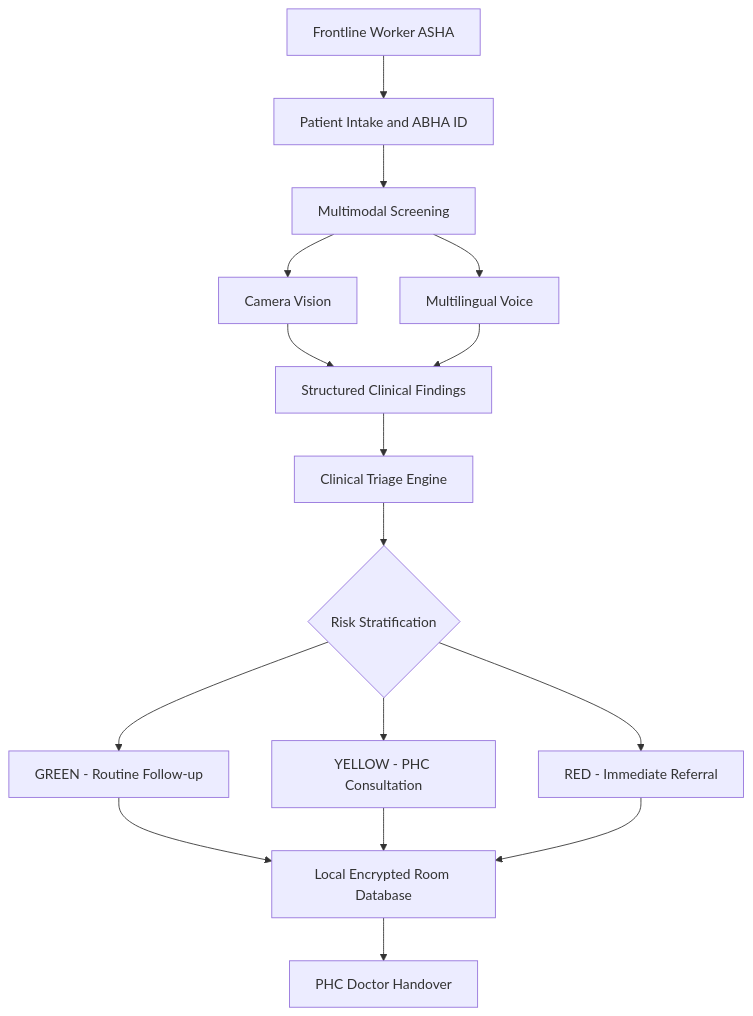
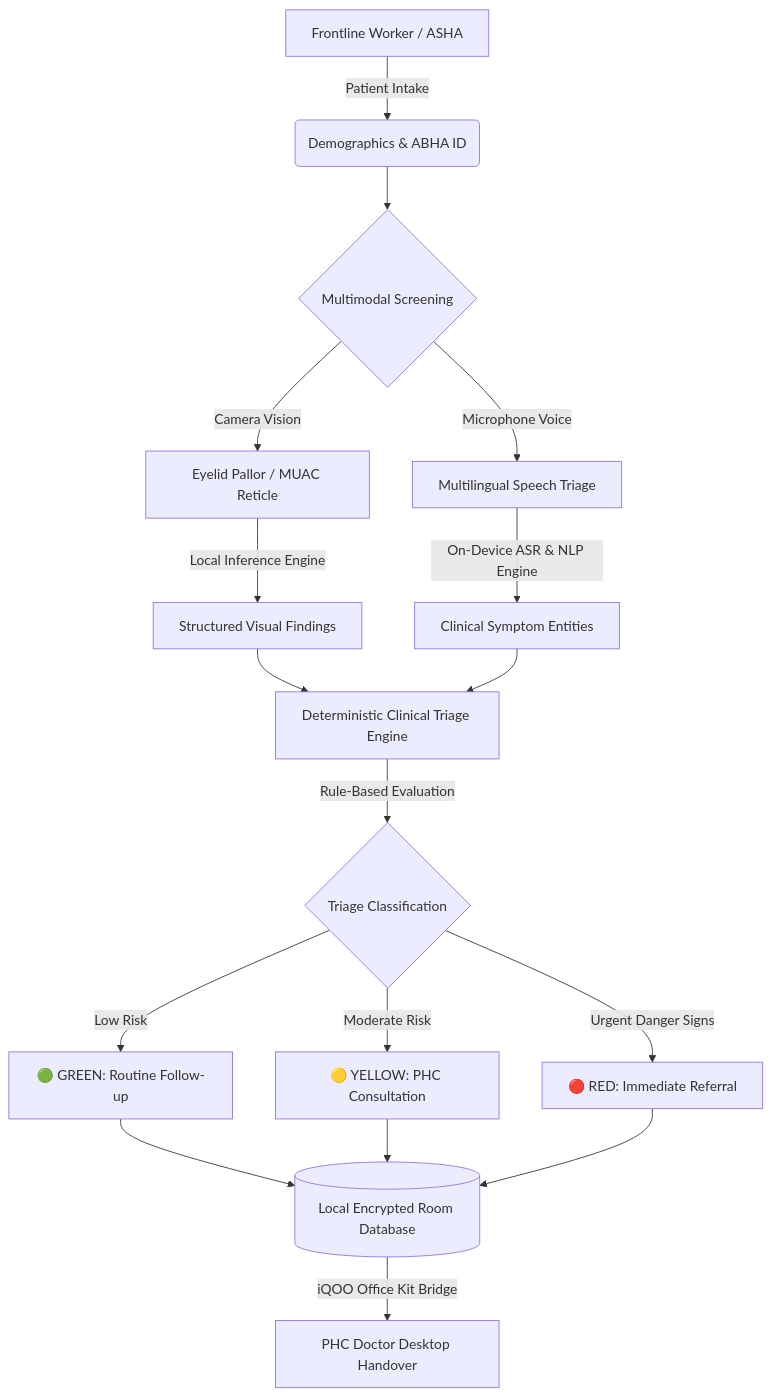
Before and after one commit to SarthakNC/Nidan-AI---IQOO-INDIA-HACKATHON-IDEA-SUBMISSION: the first of 5 diagrams in README.md, drawn with Mermaid. The commit also changed other lines of this file, not shown here.

````diff
--- a/README.md
+++ b/README.md
@@ -61,32 +51,25 @@
 ```mermaid
-graph TD
-    USER["Frontline Worker ASHA"]
-    INTAKE["Patient Intake and ABHA ID"]
-    SCREEN["Multimodal Screening"]
-    VISION["Camera Vision"]
-    VOICE["Multilingual Voice"]
-    FINDINGS["Structured Clinical Findings"]
-    TRIAGE["Clinical Triage Engine"]
-    RISK{"Risk Stratification"}
-    GREEN["GREEN - Routine Follow-up"]
-    YELLOW["YELLOW - PHC Consultation"]
-    RED["RED - Immediate Referral"]
-    DB["Local Encrypted Room Database"]
-    HANDOVER["PHC Doctor Handover"]
-
-    USER --> INTAKE
-    INTAKE --> SCREEN
-    SCREEN --> VISION
-    SCREEN --> VOICE
-    VISION --> FINDINGS
-    VOICE --> FINDINGS
-    FINDINGS --> TRIAGE
-    TRIAGE --> RISK
-    RISK --> GREEN
-    RISK --> YELLOW
-    RISK --> RED
-    GREEN --> DB
-    YELLOW --> DB
-    RED --> DB
-    DB --> HANDOVER
+flowchart TD
+    A[Frontline Worker / ASHA] -->|Patient Intake| B(Demographics & ABHA ID)
+    B --> C{Multimodal Screening}
+    
+    C -->|Camera Vision| D[Eyelid Pallor / MUAC Reticle]
+    C -->|Microphone Voice| E[Multilingual Speech Triage]
+    
+    D -->|Local Inference Engine| F[Structured Visual Findings]
+    E -->|On-Device ASR & NLP Engine| G[Clinical Symptom Entities]
+    
+    F --> H[Deterministic Clinical Triage Engine]
+    G --> H
+    
+    H -->|Rule-Based Evaluation| I{Triage Classification}
+    I -->|Low Risk| J[🟢 GREEN: Routine Follow-up]
+    I -->|Moderate Risk| K[🟡 YELLOW: PHC Consultation]
+    I -->|Urgent Danger Signs| L[🔴 RED: Immediate Referral]
+    
+    J --> M[(Local Encrypted Room Database)]
+    K --> M
+    L --> M
+    
+    M -->|iQOO Office Kit Bridge| N[PHC Doctor Desktop Handover]
 ```
````
